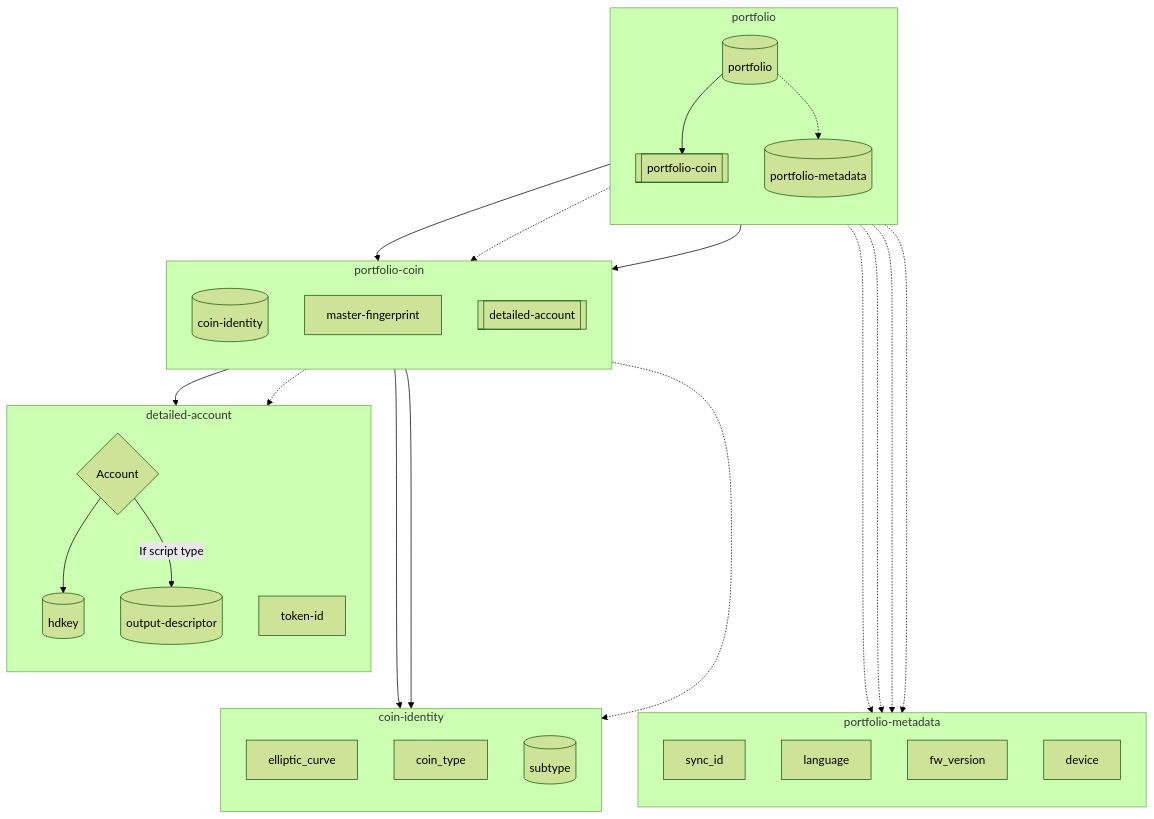
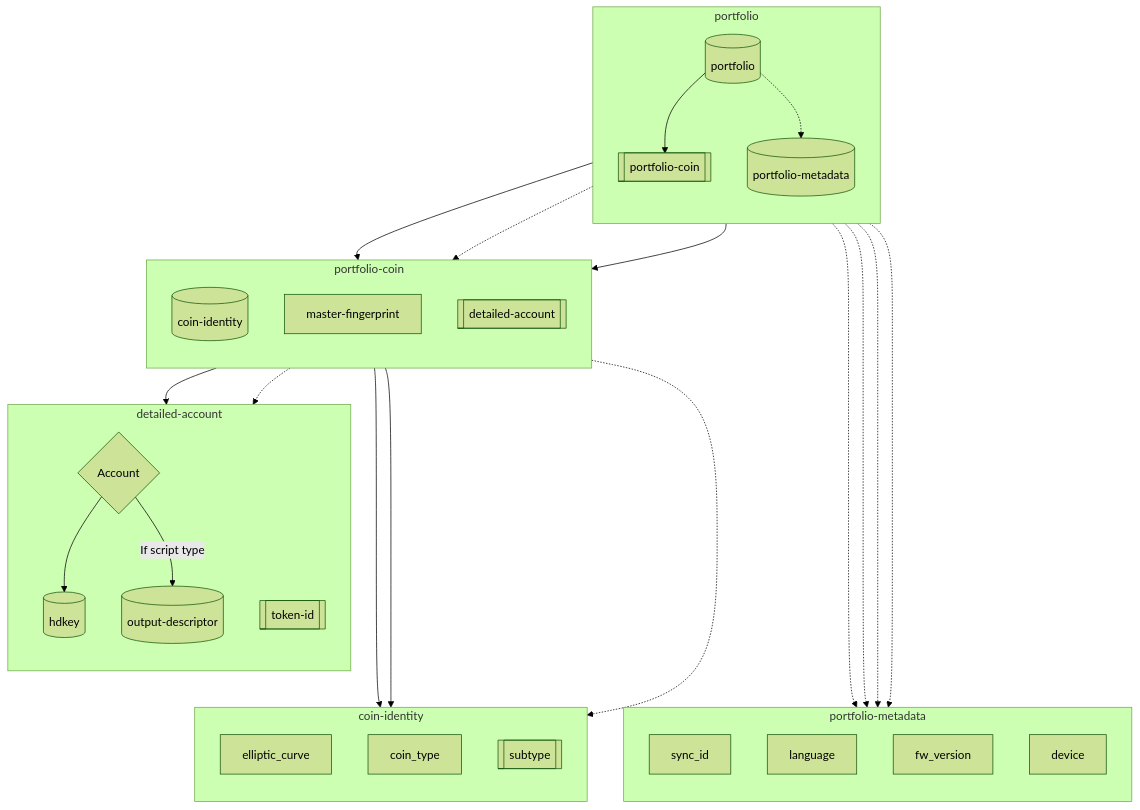
The fourth of 4 diagrams in papers/nbcr-2023-002-multi-layer-sync.md (ngraveio/Research), drawn with Mermaid (forest theme) before and after one commit. The commit also changed other lines of this file and 1 other file, not shown here.

Commit message:
NBCR: Fix typo after updating to new UR types

````diff
--- a/papers/nbcr-2023-002-multi-layer-sync.md
+++ b/papers/nbcr-2023-002-multi-layer-sync.md
@@ -458,44 +458,44 @@
 ```mermaid
 flowchart TB
-	%% crypto-sync breakdown
+	%% portfolio breakdown
 	Sync[(portfolio)]
 	subgraph portfolio
     direction TB
 	Sync --> Coins[[portfolio-coin]]
 	Sync -.-> Meta[(portfolio-metadata)]
     end
 
 	%% portfolio-metadata breakdown
 	subgraph portfolio-metadata
     direction TB
 	Meta -...-> sync_id
 	Meta -...-> language
 	Meta -...-> fw_version
 	Meta -...-> device
 	end
 
 	%% portfolio-coin breakdown
 	subgraph portfolio-coin
     direction TB
 	Coins --> ID[(coin-identity)]
     Coins -.-> MF2[master-fingerprint]
 	Coins --> DetAcc[[detailed-account]]
     end
 
     %% detailed-account breakdown
     subgraph detailed-account
     direction TB
     DetAcc --> key{Account}
 	key --> HD[(hdkey)]
 	key --> |If script type| Out[(output-descriptor)]
-	DetAcc -.-> token-id
+	DetAcc -.-> Token[[token-id]]
 	end
 
 	%% coin-identity breakdown
 	subgraph coin-identity
     direction TB
 	ID ---> elliptic_curve
 	ID ---> coin_type
-	ID -..-> Subtypes[(subtype)]
+	ID -..-> Subtypes[[subtype]]
 	end
 ```
````
